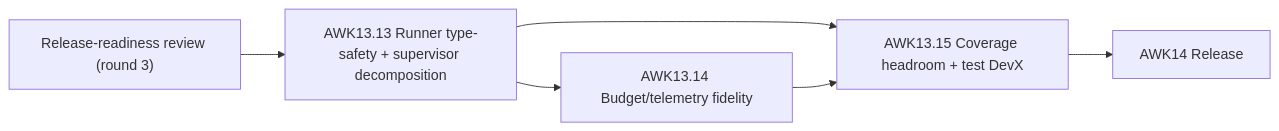
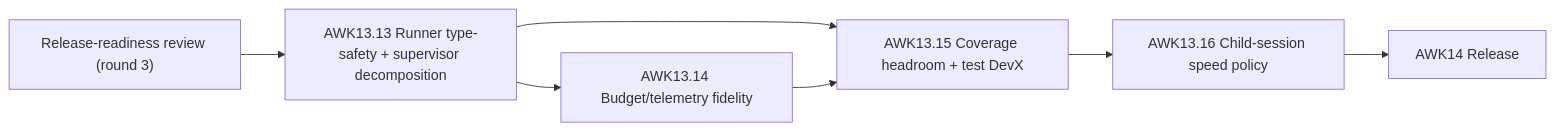
Before and after one commit to aryeko/agentic-workflow-kit: the diagram in docs/prds/agentic-workflow-kit-redesign/release-hardening-design-3.md, drawn with Mermaid. The commit also changed other lines of this file and 32 other files, not shown here.

Commit message:
feat(awk1316): add child session speed policy

````diff
--- a/docs/prds/agentic-workflow-kit-redesign/release-hardening-design-3.md
+++ b/docs/prds/agentic-workflow-kit-redesign/release-hardening-design-3.md
@@ -36,14 +37,16 @@
 ```mermaid
 flowchart LR
   Review["Release-readiness review (round 3)"]
   S["AWK13.13 Runner type-safety + supervisor decomposition"]
   M["AWK13.14 Budget/telemetry fidelity"]
   C["AWK13.15 Coverage headroom + test DevX"]
+  P["AWK13.16 Child-session speed policy"]
   R["AWK14 Release"]
 
   Review --> S
   S --> M
   S --> C
   M --> C
-  C --> R
+  C --> P
+  P --> R
 ```
````
